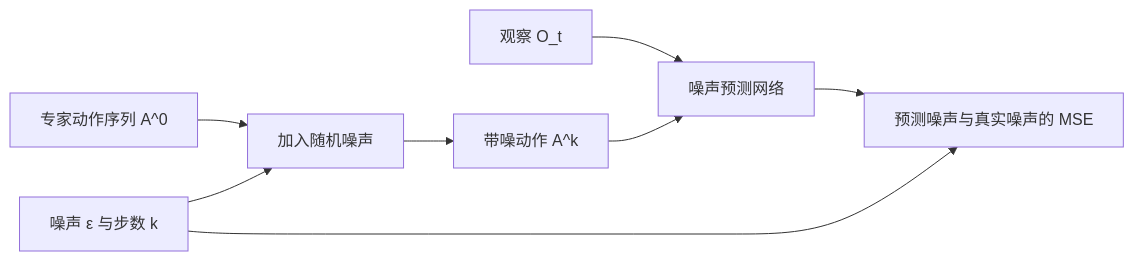
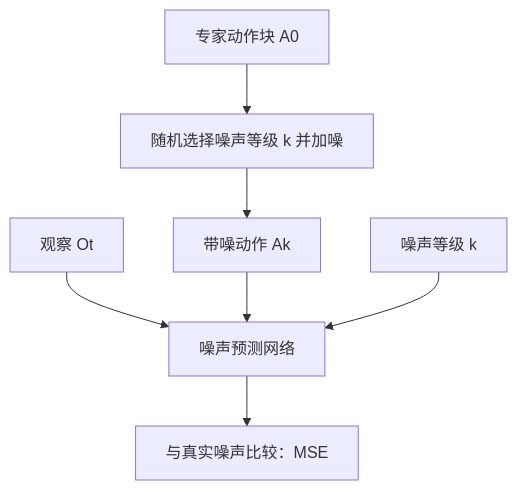
The second of 2 diagrams in 00-foundations/notes/02-Diffusion-Policy.md (YangLee019/VLA-Learning), drawn with Mermaid before and after one commit. The commit also changed other lines of this file and 5 other files, not shown here.

````diff
--- a/00-foundations/notes/02-Diffusion-Policy.md
+++ b/00-foundations/notes/02-Diffusion-Policy.md
@@ -42,10 +47,9 @@
 ```mermaid
-flowchart LR
-    E[专家动作序列 A^0] --> PLUS[加入随机噪声]
-    NOISE[噪声 ε 与步数 k] --> PLUS
-    PLUS --> AK[带噪动作 A^k]
-    OBS[观察 O_t] --> NET[噪声预测网络]
+flowchart TB
+    A[专家动作块 A0] --> Q[随机选择噪声等级 k 并加噪]
+    Q --> AK[带噪动作 Ak]
+    O[观察 Ot] --> NET[噪声预测网络]
     AK --> NET
-    NET --> LOSS[预测噪声与真实噪声的 MSE]
-    NOISE --> LOSS
+    K[噪声等级 k] --> NET
+    NET --> LOSS[与真实噪声比较：MSE]
 ```
````
